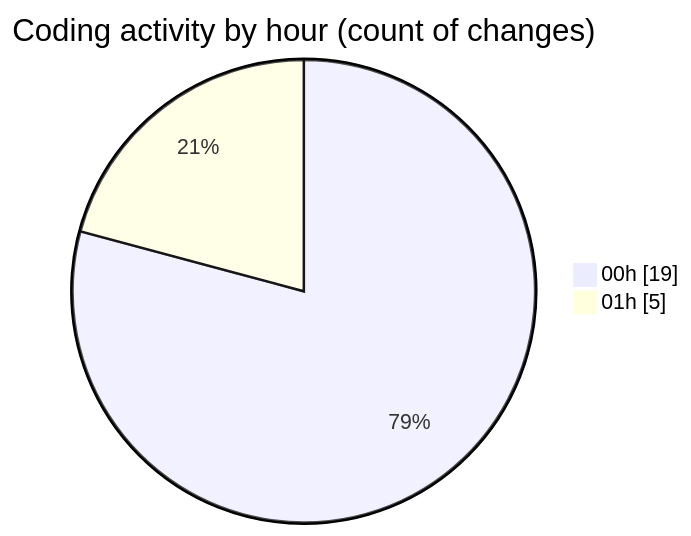
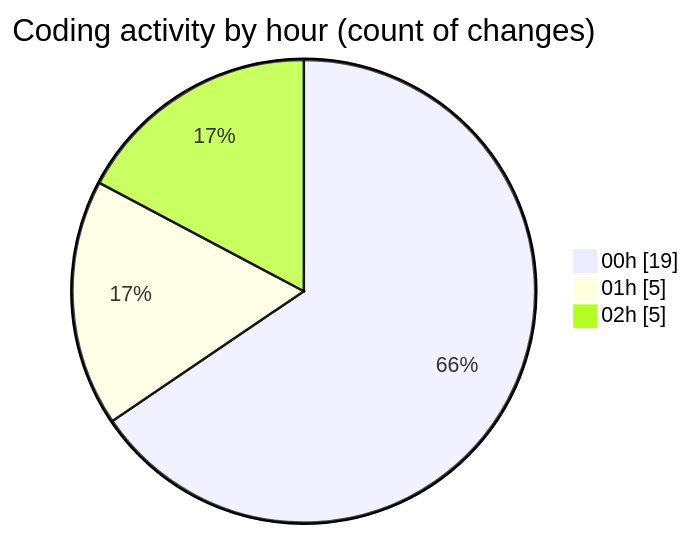
One commit to Elitesun/code-tracking changed the second of 2 diagrams in 2025-02-14/elitegpt/README.md. Above: the diagram before and after it, drawn with Mermaid. The commit also changed other lines of this file and 1 other file, not shown here.

````diff
--- a/2025-02-14/elitegpt/README.md
+++ b/2025-02-14/elitegpt/README.md
@@ -32,6 +32,7 @@
 ```mermaid
 pie showData
 title Coding activity by hour (count of changes)
 "00h" : 19
 "01h" : 5
+"02h" : 5
 ```
````
